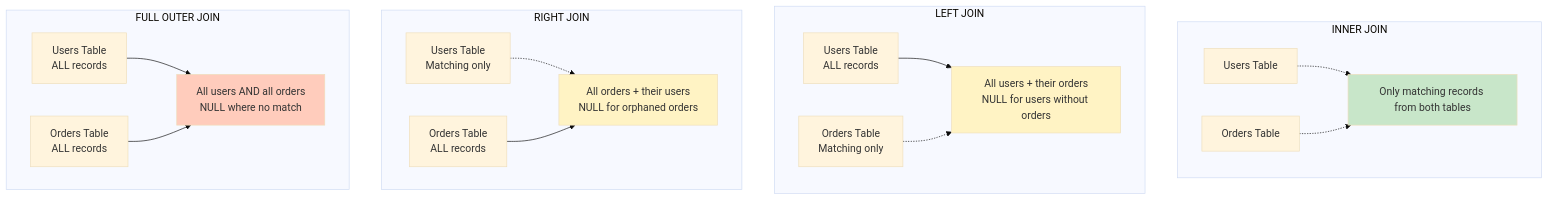
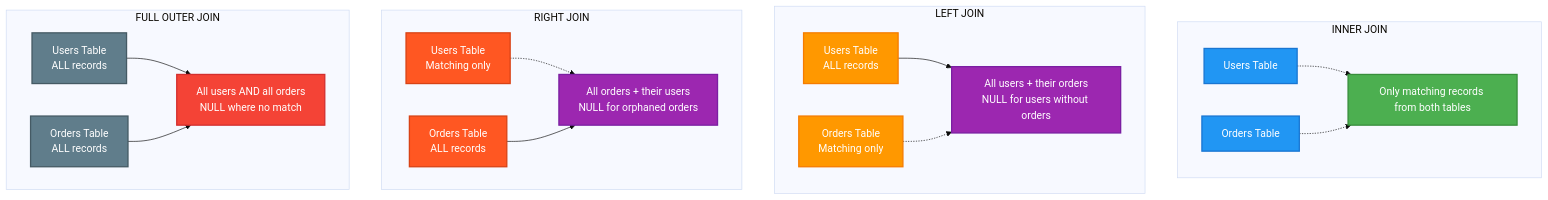
One commit to Simmy-Capitec/CapitecFramework changed the first of 2 diagrams in sql-module/presentations/diagrams/join-types.md. Above: the diagram before and after it, drawn with Mermaid (base theme). The commit also changed other lines of this file and 2 other files, not shown here.

Commit message:
sorry for using your repo simi

````diff
--- a/sql-module/presentations/diagrams/join-types.md
+++ b/sql-module/presentations/diagrams/join-types.md
@@ -3,39 +3,47 @@
 ```mermaid
 graph TD
     subgraph "INNER JOIN"
         A1[Users Table] 
         A2[Orders Table]
         A3[Only matching records from both tables]
         A1 -.-> A3
         A2 -.-> A3
     end
     
     subgraph "LEFT JOIN"
         B1[Users Table<br/>ALL records]
         B2[Orders Table<br/>Matching only]
         B3[All users + their orders<br/>NULL for users without orders]
         B1 --> B3
         B2 -.-> B3
     end
     
     subgraph "RIGHT JOIN"
         C1[Users Table<br/>Matching only]
         C2[Orders Table<br/>ALL records]
         C3[All orders + their users<br/>NULL for orphaned orders]
         C1 -.-> C3
         C2 --> C3
     end
     
     subgraph "FULL OUTER JOIN"
         D1[Users Table<br/>ALL records]
         D2[Orders Table<br/>ALL records]
         D3[All users AND all orders<br/>NULL where no match]
         D1 --> D3
         D2 --> D3
     end
     
-    style A3 fill:#c8e6c9
-    style B3 fill:#fff3c4
-    style C3 fill:#fff3c4
-    style D3 fill:#ffccbc
+    style A1 fill:#2196F3,stroke:#1976D2,stroke-width:2px,color:#fff
+    style A2 fill:#2196F3,stroke:#1976D2,stroke-width:2px,color:#fff
+    style A3 fill:#4CAF50,stroke:#388E3C,stroke-width:2px,color:#fff
+    style B1 fill:#FF9800,stroke:#F57C00,stroke-width:2px,color:#fff
+    style B2 fill:#FF9800,stroke:#F57C00,stroke-width:2px,color:#fff
+    style B3 fill:#9C27B0,stroke:#7B1FA2,stroke-width:2px,color:#fff
+    style C1 fill:#FF5722,stroke:#D84315,stroke-width:2px,color:#fff
+    style C2 fill:#FF5722,stroke:#D84315,stroke-width:2px,color:#fff
+    style C3 fill:#9C27B0,stroke:#7B1FA2,stroke-width:2px,color:#fff
+    style D1 fill:#607D8B,stroke:#455A64,stroke-width:2px,color:#fff
+    style D2 fill:#607D8B,stroke:#455A64,stroke-width:2px,color:#fff
+    style D3 fill:#F44336,stroke:#D32F2F,stroke-width:2px,color:#fff
 ```
````
